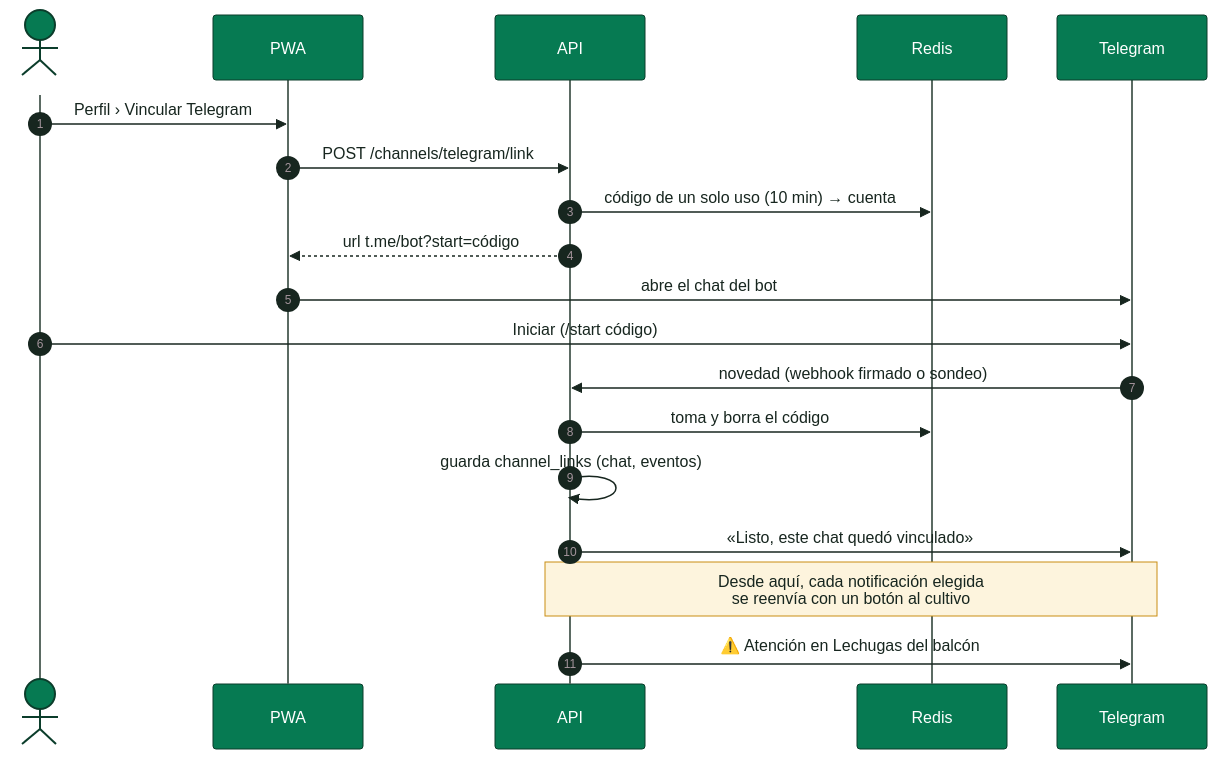
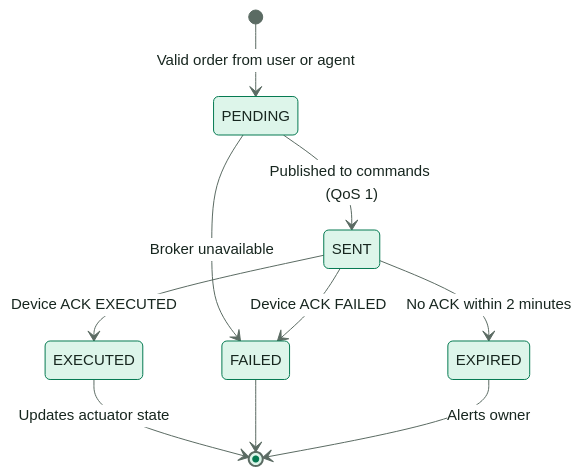
The fifth of 14 diagrams in docs/SmartPot_Technical_Documentation.md (SmartPotTech/.github), drawn with Mermaid before and after one commit. The commit also changed other lines of this file and 186 other files, not shown here.

Commit message:
docs(specs): synchronize 100% english organization documentation, diagrams, and formal deliverables

````diff
--- a/docs/SmartPot_Technical_Documentation.md
+++ b/docs/SmartPot_Technical_Documentation.md
@@ -634,22 +312,13 @@
 ```mermaid
 %%{init: {"theme": "base", "fontFamily": "Segoe UI, Arial, sans-serif", "themeVariables": {"fontFamily": "Segoe UI, Arial, sans-serif", "fontSize": "15px", "primaryColor": "#DDF5EA", "primaryTextColor": "#17261F", "primaryBorderColor": "#067A52", "secondaryColor": "#E3F2FB", "secondaryTextColor": "#17261F", "secondaryBorderColor": "#1F6FA0", "tertiaryColor": "#F2F7F4", "tertiaryTextColor": "#17261F", "tertiaryBorderColor": "#D5E3DC", "lineColor": "#5B6B63", "textColor": "#17261F", "mainBkg": "#DDF5EA", "nodeBorder": "#067A52", "clusterBkg": "#F7FAF8", "clusterBorder": "#D5E3DC", "edgeLabelBackground": "#FFFFFF", "actorBkg": "#067A52", "actorBorder": "#0B3D2B", "actorTextColor": "#FFFFFF", "actorLineColor": "#5B6B63", "signalColor": "#17261F", "signalTextColor": "#17261F", "labelBoxBkgColor": "#0B3D2B", "labelBoxBorderColor": "#0B3D2B", "labelTextColor": "#FFFFFF", "loopTextColor": "#0B3D2B", "noteBkgColor": "#FDF4DD", "noteBorderColor": "#C98D12", "noteTextColor": "#17261F", "activationBkgColor": "#DDF5EA", "activationBorderColor": "#067A52", "attributeBackgroundColorOdd": "#FFFFFF", "attributeBackgroundColorEven": "#F2F7F4"}}}%%
-sequenceDiagram
-  autonumber
-  actor P as Persona
-  participant W as PWA
-  participant A as API
-  participant C as Redis
-  participant T as Telegram
-  P->>W: Perfil › Vincular Telegram
-  W->>A: POST /channels/telegram/link
-  A->>C: código de un solo uso (10 min) → cuenta
-  A-->>W: url t.me/bot?start=código
-  W->>T: abre el chat del bot
-  P->>T: Iniciar (/start código)
-  T->>A: novedad (webhook firmado o sondeo)
-  A->>C: toma y borra el código
-  A->>A: guarda channel_links (chat, eventos)
-  A->>T: «Listo, este chat quedó vinculado»
-  Note over A,T: Desde aquí, cada notificación elegida<br/>se reenvía con un botón al cultivo
-  A->>T: ⚠️ Atención en Lechugas del balcón
+stateDiagram-v2
+  [*] --> PENDING: Valid order from user or agent
+  PENDING --> SENT: Published to commands (QoS 1)
+  PENDING --> FAILED: Broker unavailable
+  SENT --> EXECUTED: Device ACK EXECUTED
+  SENT --> FAILED: Device ACK FAILED
+  SENT --> EXPIRED: No ACK within 2 minutes
+  EXECUTED --> [*]: Updates actuator state
+  FAILED --> [*]
+  EXPIRED --> [*]: Alerts owner
 ```
````
